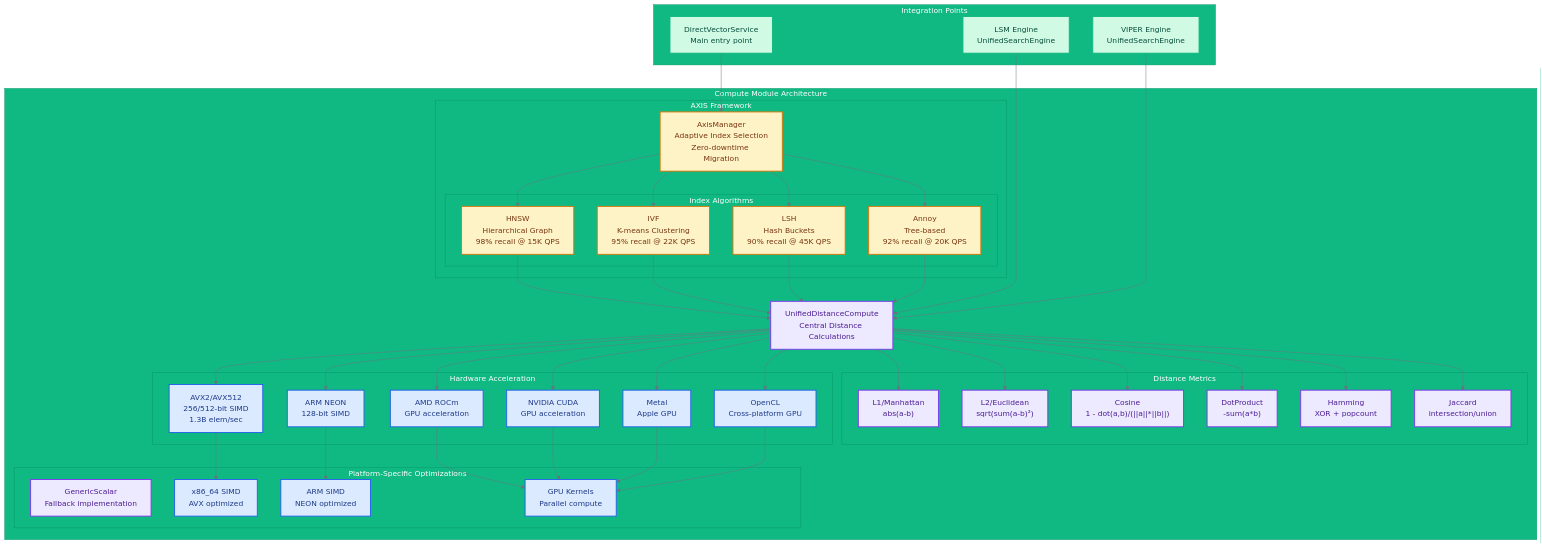
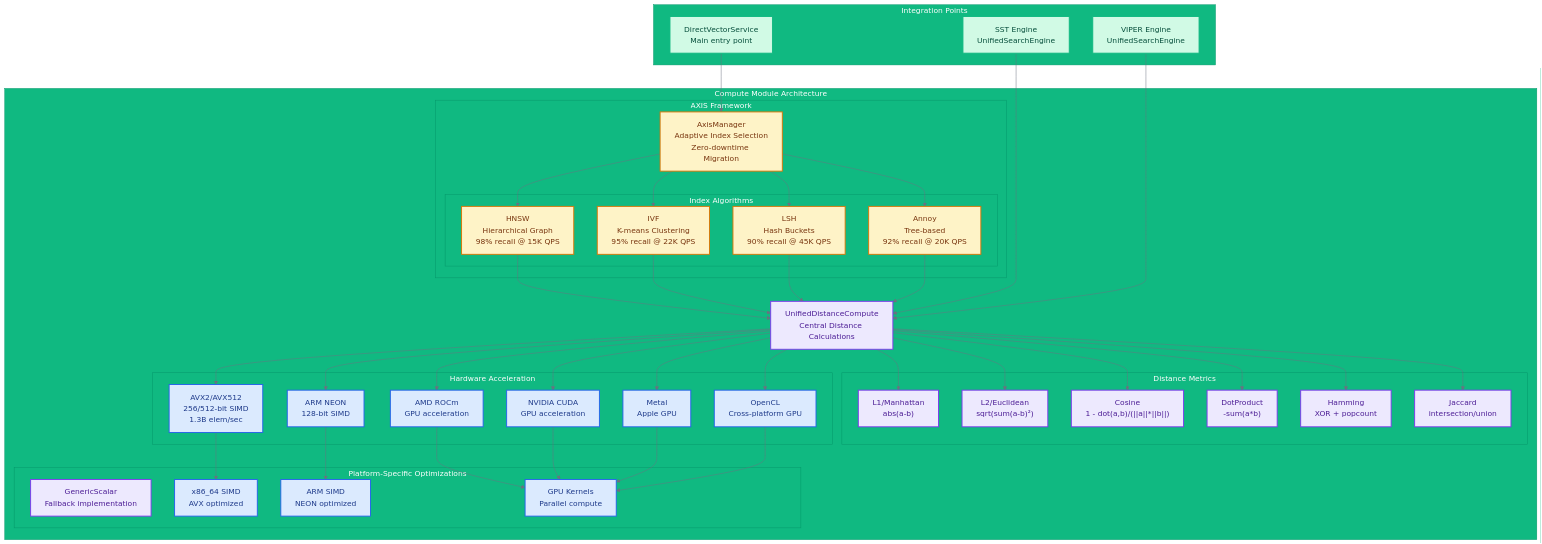
Before and after one commit to vjsingh1984/proximaDB: the diagram in docs/diagrams/compute-indexing-architecture.mmd, drawn with Mermaid. The commit also changed 60 other files, not shown here.

```diff
--- a/docs/diagrams/compute-indexing-architecture.mmd
+++ b/docs/diagrams/compute-indexing-architecture.mmd
@@ -1,101 +1,101 @@
 %%{init: {'theme':'base', 'themeVariables': { 'primaryColor':'#1f2937', 'primaryTextColor':'#fff', 'primaryBorderColor':'#374151', 'lineColor':'#6b7280', 'secondaryColor':'#3b82f6', 'tertiaryColor':'#10b981', 'tertiaryTextColor':'#fff', 'tertiaryBorderColor':'#059669', 'background':'#ffffff', 'mainBkg':'#f3f4f6', 'secondBkg':'#e5e7eb', 'tertiaryBkg':'#d1d5db'}}}%%
 
 graph TB
     subgraph "Compute Module Architecture"
         UC[UnifiedDistanceCompute<br/>Central Distance Calculations]
         
         subgraph "Distance Metrics"
             L1["L1/Manhattan<br/>abs(a-b)"]
             L2["L2/Euclidean<br/>sqrt(sum(a-b)²)"]
             COS["Cosine<br/>1 - dot(a,b)/(||a||*||b||)"]
             DOT["DotProduct<br/>-sum(a*b)"]
             HAM["Hamming<br/>XOR + popcount"]
             JAC["Jaccard<br/>intersection/union"]
         end
         
         subgraph "AXIS Framework"
             AXIS[AxisManager<br/>Adaptive Index Selection<br/>Zero-downtime Migration]
             
             subgraph "Index Algorithms"
                 HNSW[HNSW<br/>Hierarchical Graph<br/>98% recall @ 15K QPS]
                 IVF[IVF<br/>K-means Clustering<br/>95% recall @ 22K QPS]
                 LSH[LSH<br/>Hash Buckets<br/>90% recall @ 45K QPS]
                 ANNOY[Annoy<br/>Tree-based<br/>92% recall @ 20K QPS]
             end
         end
         
         subgraph "Hardware Acceleration"
             AVX[AVX2/AVX512<br/>256/512-bit SIMD<br/>1.3B elem/sec]
             NEON[ARM NEON<br/>128-bit SIMD]
             ROCM[AMD ROCm<br/>GPU acceleration]
             CUDA[NVIDIA CUDA<br/>GPU acceleration]
             METAL[Metal<br/>Apple GPU]
             OPENCL[OpenCL<br/>Cross-platform GPU]
         end
         
         subgraph "Platform-Specific Optimizations"
             GENERIC[GenericScalar<br/>Fallback implementation]
             X86[x86_64 SIMD<br/>AVX optimized]
             ARM[ARM SIMD<br/>NEON optimized]
             GPU_OPT[GPU Kernels<br/>Parallel compute]
         end
     end
     
     subgraph "Integration Points"
         DVS[DirectVectorService<br/>Main entry point]
-        LSM_ENGINE[LSM Engine<br/>UnifiedSearchEngine]
+        SST_ENGINE[SST Engine<br/>UnifiedSearchEngine]
         VIPER_ENGINE[VIPER Engine<br/>UnifiedSearchEngine]
     end
     
     %% Distance metric connections
     UC --> L1
     UC --> L2
     UC --> COS
     UC --> DOT
     UC --> HAM
     UC --> JAC
     
     %% Hardware acceleration connections
     UC --> AVX
     UC --> NEON
     UC --> ROCM
     UC --> CUDA
     UC --> METAL
     UC --> OPENCL
     
     %% Platform optimization connections
     AVX --> X86
     NEON --> ARM
     ROCM --> GPU_OPT
     CUDA --> GPU_OPT
     METAL --> GPU_OPT
     OPENCL --> GPU_OPT
     
     %% AXIS connections
     AXIS --> HNSW
     AXIS --> IVF
     AXIS --> LSH
     AXIS --> ANNOY
     
     %% Indexing algorithm connections
     HNSW --> UC
     IVF --> UC
     LSH --> UC
     ANNOY --> UC
     
     %% Integration connections
     DVS --> AXIS
     
-    LSM_ENGINE --> UC
+    SST_ENGINE --> UC
     VIPER_ENGINE --> UC
     
     %% Styling
     classDef compute fill:#ede9fe,stroke:#7c3aed,color:#4c1d95,stroke-width:2px
     classDef index fill:#fef3c7,stroke:#d97706,color:#78350f,stroke-width:2px
     classDef hardware fill:#dbeafe,stroke:#2563eb,color:#1e3a8a,stroke-width:2px
     classDef integration fill:#d1fae5,stroke:#10b981,color:#064e3b,stroke-width:2px
     
     class UC,L1,L2,COS,DOT,HAM,JAC,GENERIC compute
     class AXIS,HNSW,IVF,LSH,ANNOY index
     class AVX,NEON,ROCM,CUDA,METAL,OPENCL,X86,ARM,GPU_OPT hardware
-    class DVS,LSM_ENGINE,VIPER_ENGINE integration
+    class DVS,SST_ENGINE,VIPER_ENGINE integration
```
